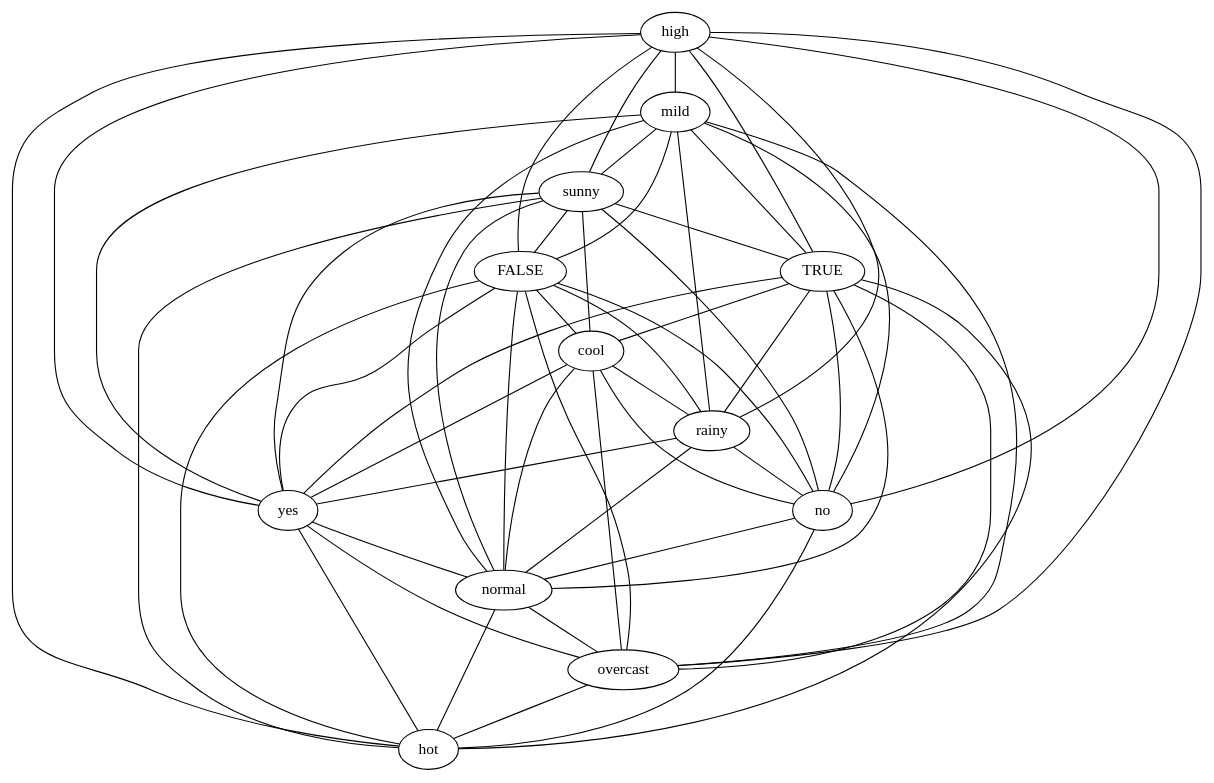
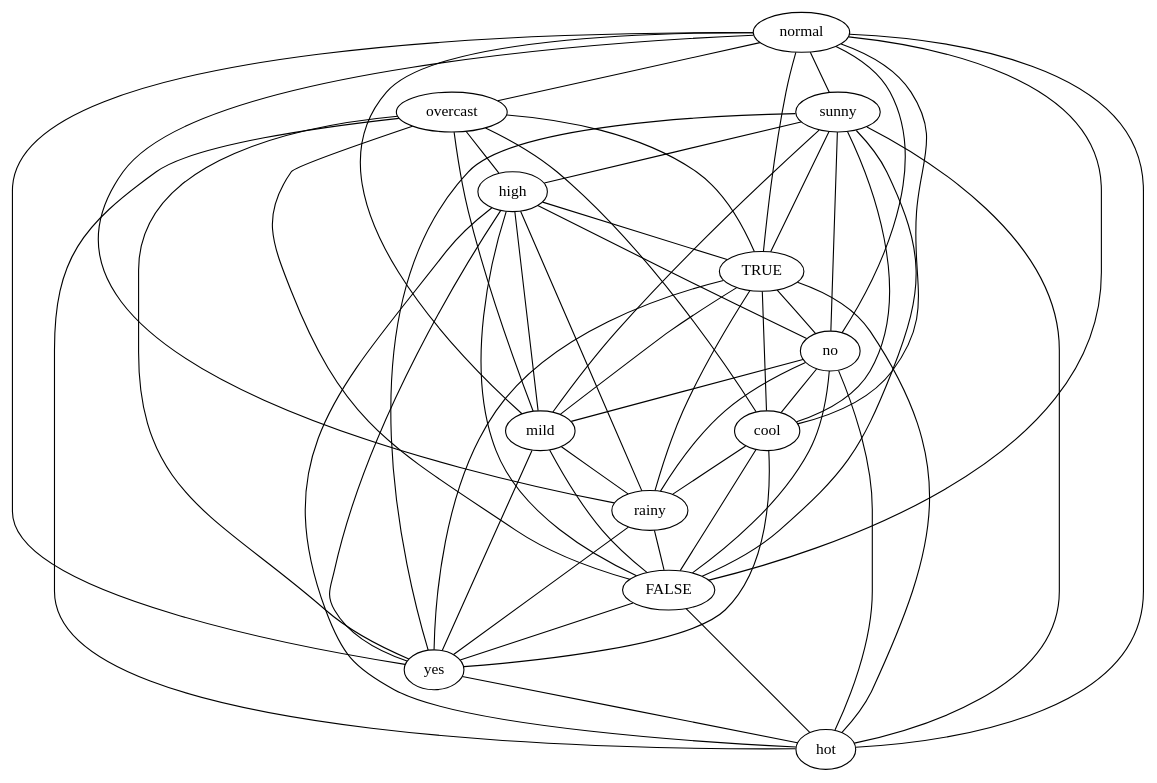
Before and after one commit to lrodrin/TFG: the diagram in src/final/planarGraph.dot, drawn with Graphviz. The commit also changed 3 other files, not shown here.

Commit message:
solucionat l'error que dónava a la creació del linear graph. acabats planar i linear grafs.

```diff
--- a/src/final/planarGraph.dot
+++ b/src/final/planarGraph.dot
@@ -1,68 +1,68 @@
 strict graph "" {
+normal;
+sunny;
+overcast;
 high;
+TRUE;
+no;
 mild;
-sunny;
-FALSE;
-TRUE;
 cool;
 rainy;
+FALSE;
 yes;
-no;
-normal;
-overcast;
 hot;
-high -- mild  [color=black];
-high -- overcast  [color=black];
-high -- sunny  [color=black];
+normal -- sunny  [color=black];
+normal -- no  [color=black];
+normal -- rainy  [color=black];
+normal -- mild  [color=black];
+normal -- cool  [color=black];
+normal -- TRUE  [color=black];
+normal -- FALSE  [color=black];
+normal -- overcast  [color=black];
+normal -- yes  [color=black];
+normal -- hot  [color=black];
+sunny -- yes  [color=black];
+sunny -- no  [color=black];
+sunny -- mild  [color=black];
+sunny -- cool  [color=black];
+sunny -- TRUE  [color=black];
+sunny -- FALSE  [color=black];
+sunny -- high  [color=black];
+sunny -- hot  [color=black];
+overcast -- mild  [color=black];
+overcast -- high  [color=black];
+overcast -- TRUE  [color=black];
+overcast -- FALSE  [color=black];
+overcast -- cool  [color=black];
+overcast -- yes  [color=black];
+overcast -- hot  [color=black];
+high -- no  [color=black];
+high -- rainy  [color=black];
 high -- FALSE  [color=black];
 high -- TRUE  [color=black];
+high -- yes  [color=black];
 high -- hot  [color=black];
-high -- rainy  [color=black];
-high -- yes  [color=black];
-high -- no  [color=black];
-mild -- overcast  [color=black];
-mild -- sunny  [color=black];
-mild -- TRUE  [color=black];
+high -- mild  [color=black];
+TRUE -- no  [color=black];
+TRUE -- rainy  [color=black];
+TRUE -- mild  [color=black];
+TRUE -- cool  [color=black];
+TRUE -- hot  [color=black];
+TRUE -- yes  [color=black];
+no -- rainy  [color=black];
+no -- mild  [color=black];
+no -- FALSE  [color=black];
+no -- cool  [color=black];
+no -- hot  [color=black];
+mild -- rainy  [color=black];
 mild -- FALSE  [color=black];
 mild -- yes  [color=black];
-mild -- normal  [color=black];
-mild -- rainy  [color=black];
-mild -- no  [color=black];
-sunny -- cool  [color=black];
-sunny -- FALSE  [color=black];
-sunny -- TRUE  [color=black];
-sunny -- hot  [color=black];
-sunny -- normal  [color=black];
-sunny -- yes  [color=black];
-sunny -- no  [color=black];
-FALSE -- rainy  [color=black];
-FALSE -- cool  [color=black];
-FALSE -- overcast  [color=black];
+cool -- rainy  [color=black];
+cool -- FALSE  [color=black];
+cool -- yes  [color=black];
+rainy -- FALSE  [color=black];
+rainy -- yes  [color=black];
+FALSE -- yes  [color=black];
 FALSE -- hot  [color=black];
-FALSE -- normal  [color=black];
-FALSE -- yes  [color=black];
-FALSE -- no  [color=black];
-TRUE -- overcast  [color=black];
-TRUE -- cool  [color=black];
-TRUE -- hot  [color=black];
-TRUE -- normal  [color=black];
-TRUE -- rainy  [color=black];
-TRUE -- yes  [color=black];
-TRUE -- no  [color=black];
-cool -- overcast  [color=black];
-cool -- normal  [color=black];
-cool -- yes  [color=black];
-cool -- rainy  [color=black];
-cool -- no  [color=black];
-rainy -- normal  [color=black];
-rainy -- yes  [color=black];
-rainy -- no  [color=black];
-yes -- overcast  [color=black];
 yes -- hot  [color=black];
-yes -- normal  [color=black];
-no -- hot  [color=black];
-no -- normal  [color=black];
-normal -- overcast  [color=black];
-normal -- hot  [color=black];
-overcast -- hot  [color=black];
 }
```
